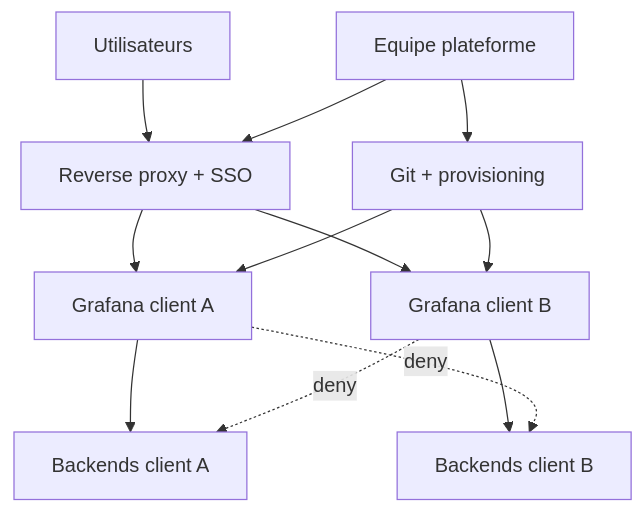
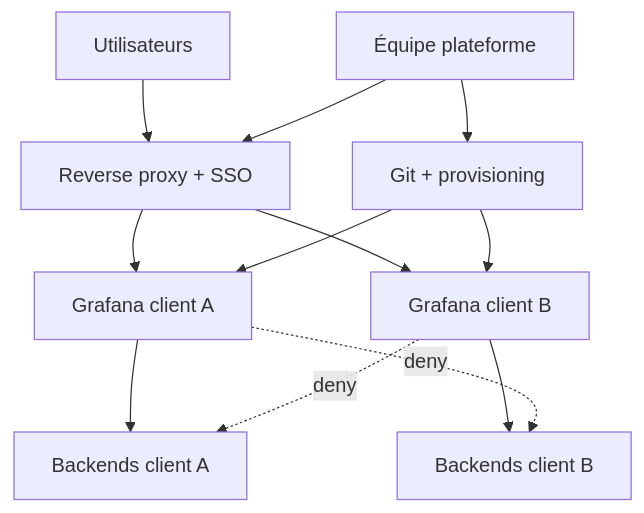
One commit to Gooseppr/GevOps_LC changed the diagram in courses/grafana/32_securite_gouvernance.md. Above: the diagram before and after it, drawn with Mermaid. The commit also changed 56 other files, not shown here.

````diff
--- a/courses/grafana/32_securite_gouvernance.md
+++ b/courses/grafana/32_securite_gouvernance.md
@@ -240,14 +240,14 @@
 ```mermaid
 flowchart TD
     U["Utilisateurs"] --> P["Reverse proxy + SSO"]
     P --> G1["Grafana client A"]
     P --> G2["Grafana client B"]
     G1 --> M1["Backends client A"]
     G2 --> M2["Backends client B"]
     G1 -.->|"deny"| M2
     G2 -.->|"deny"| M1
-    ADM["Equipe plateforme"] --> P
+    ADM["Équipe plateforme"] --> P
     ADM --> GIT["Git + provisioning"]
     GIT --> G1
     GIT --> G2
 ```
````
